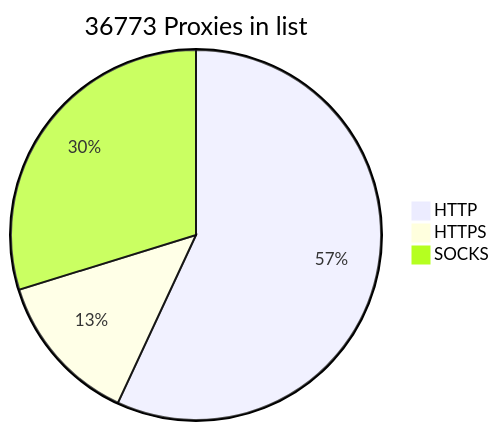
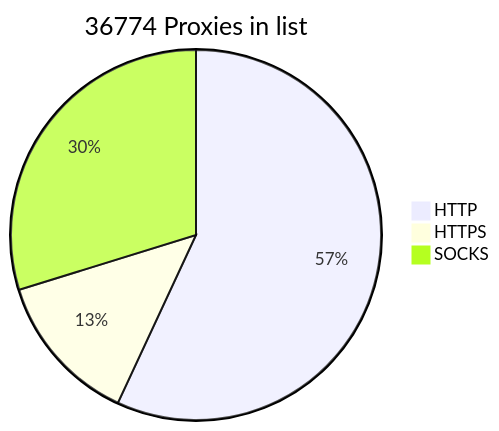
One commit to BlackSnowDot/proxylist-update-every-minute changed the diagram in README.md. Above: the diagram before and after it, drawn with Mermaid.

````diff
--- a/README.md
+++ b/README.md
@@ -2,6 +2,6 @@
 ```mermaid
-pie title 36773 Proxies in list
-    "HTTP" : 23273
+pie title 36774 Proxies in list
+    "HTTP" : 23272
     "HTTPS": 5435
-    "SOCKS" : 12171
+    "SOCKS" : 12172
 ```
````
